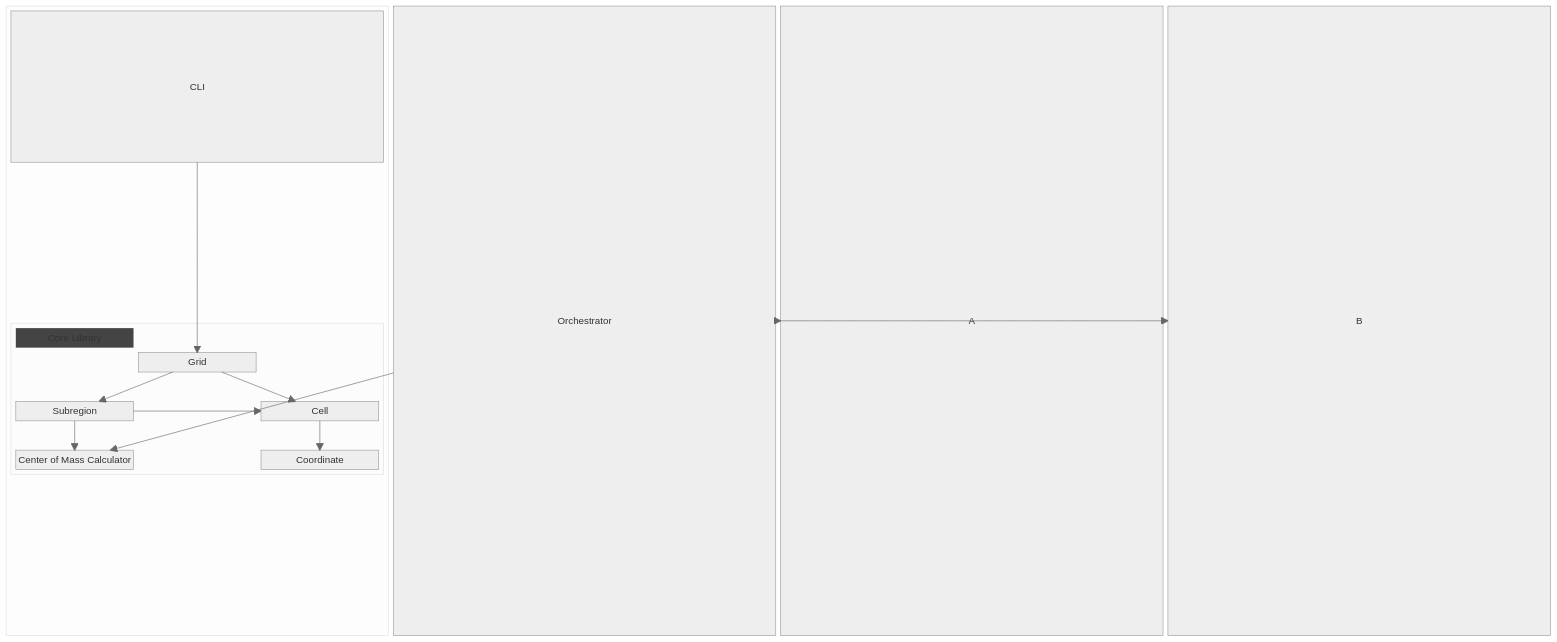
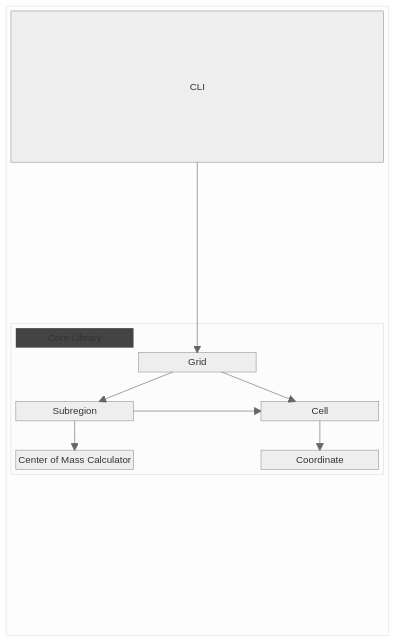
One commit to JeremyMattingly/GridR changed the diagram in docs/adr/ADR-0003-ComponentIdentificationAndArchitectureScope.md. Above: the diagram before and after it, drawn with Mermaid (neutral theme). The commit also changed other lines of this file, not shown here.

````diff
--- a/docs/adr/ADR-0003-ComponentIdentificationAndArchitectureScope.md
+++ b/docs/adr/ADR-0003-ComponentIdentificationAndArchitectureScope.md
@@ -28,38 +29,32 @@
 ```mermaid
 block-beta
   block:application
   columns 1
     CLI
     space
     block:coreLibrary
     columns 3
       Core["Core Library"]
       space:2
       space
       Grid
       space
       space:3
       Subregion
       space
       Cell
       space:3
       C["Center of Mass Calculator"]
       space
       Coordinate
     end
     space
   end
   CLI --> Grid
   Grid --> Subregion
   Grid --> Cell
   Subregion --> Cell
   Subregion --> C
   Cell --> Coordinate
 style Core stroke-width:0px,color:#fff,fill:#444
-  
-    
-
-  Orchestrator --> A
-  Orchestrator --> B
-  Orchestrator --> C
 ```
````
